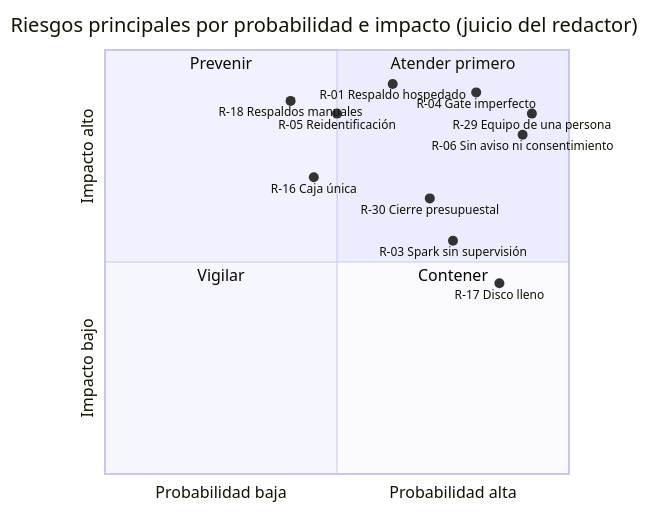
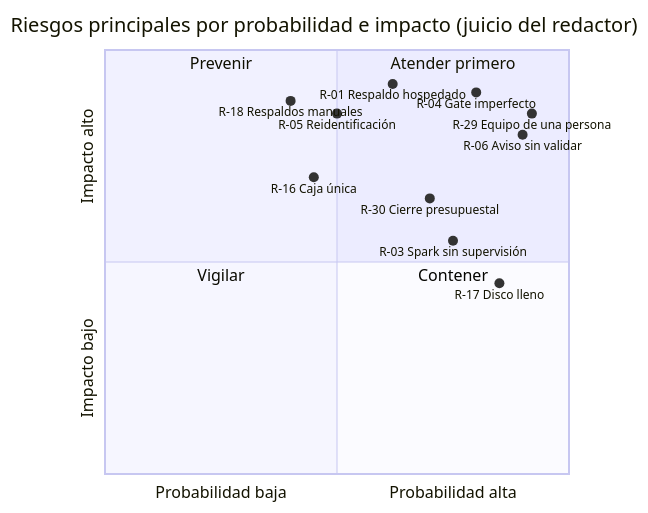
One commit to ecosistemas-de-conocimiento/ecosistemas-de-conocimiento changed the diagram in docs/01-proyecto/registro-de-riesgos.md. Above: the diagram before and after it, drawn with Mermaid. The commit also changed other lines of this file and 14 other files, not shown here.

````diff
--- a/docs/01-proyecto/registro-de-riesgos.md
+++ b/docs/01-proyecto/registro-de-riesgos.md
@@ -29,20 +29,20 @@
 ```mermaid
 quadrantChart
     title Riesgos principales por probabilidad e impacto (juicio del redactor)
     x-axis Probabilidad baja --> Probabilidad alta
     y-axis Impacto bajo --> Impacto alto
     quadrant-1 Atender primero
     quadrant-2 Prevenir
     quadrant-3 Vigilar
     quadrant-4 Contener
     R-01 Respaldo hospedado: [0.62, 0.92]
     R-04 Gate imperfecto: [0.80, 0.90]
-    R-06 Sin aviso ni consentimiento: [0.90, 0.80]
+    R-06 Aviso sin validar: [0.90, 0.80]
     R-29 Equipo de una persona: [0.92, 0.85]
     R-03 Spark sin supervisión: [0.75, 0.55]
     R-16 Caja única: [0.45, 0.70]
     R-18 Respaldos manuales: [0.40, 0.88]
     R-17 Disco lleno: [0.85, 0.45]
     R-05 Reidentificación: [0.50, 0.85]
     R-30 Cierre presupuestal: [0.70, 0.65]
 ```
````
